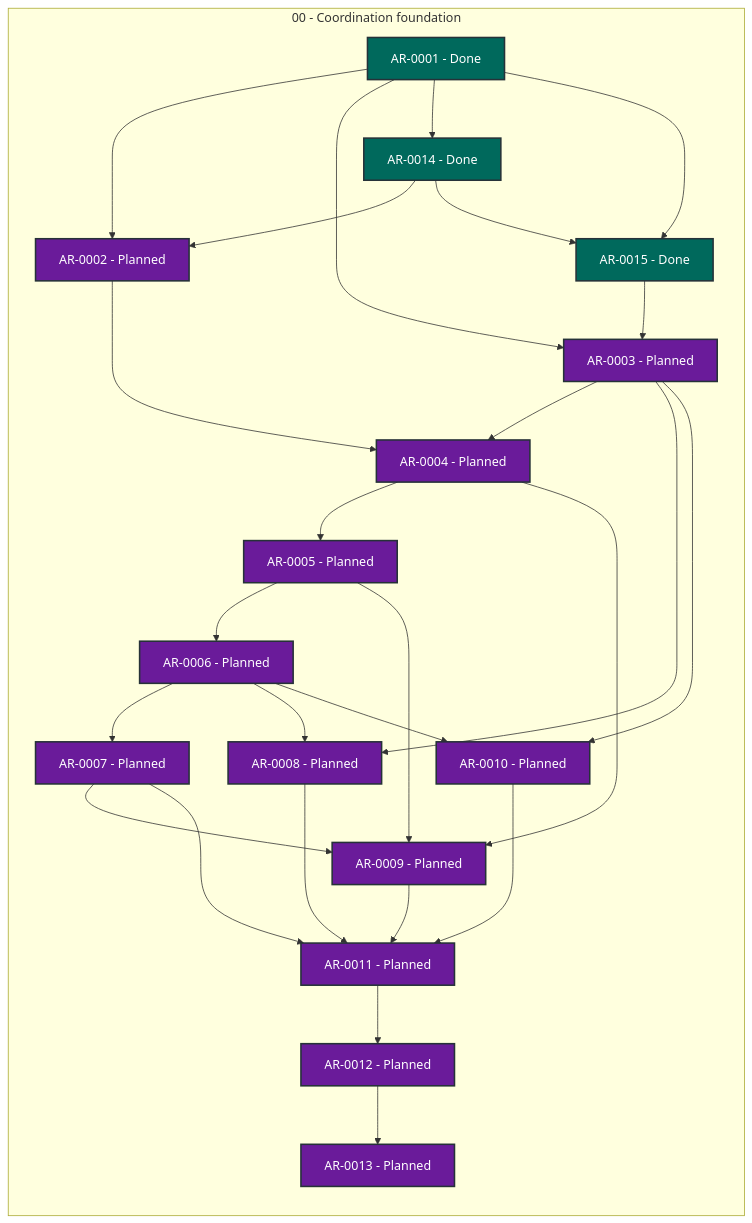
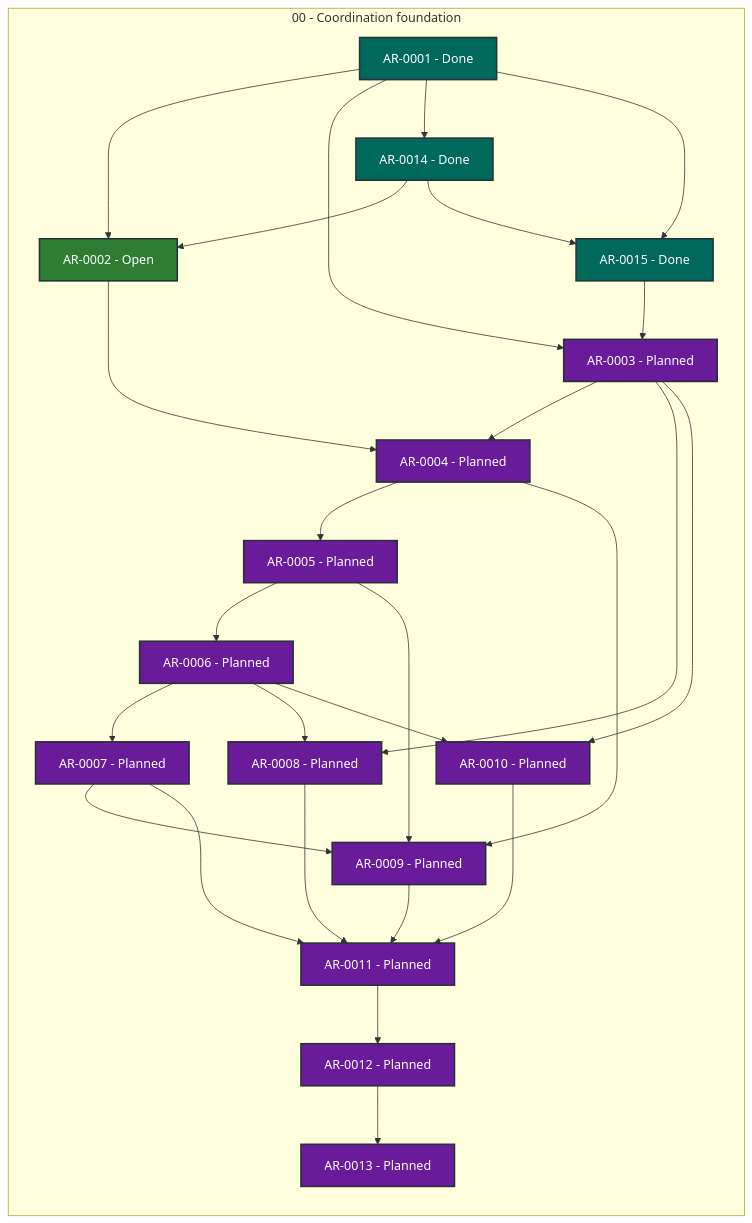
One commit to martin-beck/agent-workflow-tui-state changed the diagram in STATUS.md. Above: the diagram before and after it, drawn with Mermaid. The commit also changed other lines of this file and 2 other files, not shown here.

````diff
--- a/STATUS.md
+++ b/STATUS.md
@@ -27,54 +27,54 @@
 ```mermaid
 flowchart LR
     subgraph series_00["00 - Coordination foundation"]
         direction TB
         AR_0001["AR-0001 - Done"]:::status_done
-        AR_0002["AR-0002 - Planned"]:::status_planned
+        AR_0002["AR-0002 - Open"]:::status_open
         AR_0003["AR-0003 - Planned"]:::status_planned
         AR_0004["AR-0004 - Planned"]:::status_planned
         AR_0005["AR-0005 - Planned"]:::status_planned
         AR_0006["AR-0006 - Planned"]:::status_planned
         AR_0007["AR-0007 - Planned"]:::status_planned
         AR_0008["AR-0008 - Planned"]:::status_planned
         AR_0009["AR-0009 - Planned"]:::status_planned
         AR_0010["AR-0010 - Planned"]:::status_planned
         AR_0011["AR-0011 - Planned"]:::status_planned
         AR_0012["AR-0012 - Planned"]:::status_planned
         AR_0013["AR-0013 - Planned"]:::status_planned
         AR_0014["AR-0014 - Done"]:::status_done
         AR_0015["AR-0015 - Done"]:::status_done
     end
     AR_0001 --> AR_0002
     AR_0001 --> AR_0003
     AR_0001 --> AR_0014
     AR_0001 --> AR_0015
     AR_0002 --> AR_0004
     AR_0003 --> AR_0004
     AR_0003 --> AR_0008
     AR_0003 --> AR_0010
     AR_0004 --> AR_0005
     AR_0004 --> AR_0009
     AR_0005 --> AR_0006
     AR_0005 --> AR_0009
     AR_0006 --> AR_0007
     AR_0006 --> AR_0008
     AR_0006 --> AR_0010
     AR_0007 --> AR_0009
     AR_0007 --> AR_0011
     AR_0008 --> AR_0011
     AR_0009 --> AR_0011
     AR_0010 --> AR_0011
     AR_0011 --> AR_0012
     AR_0012 --> AR_0013
     AR_0014 --> AR_0002
     AR_0014 --> AR_0015
     AR_0015 --> AR_0003
     classDef status_in_progress fill:#1565c0,color:#ffffff,stroke:#263238,stroke-width:2px
     classDef status_open fill:#2e7d32,color:#ffffff,stroke:#263238,stroke-width:2px
     classDef status_blocked fill:#c62828,color:#ffffff,stroke:#263238,stroke-width:2px
     classDef status_planned fill:#6a1b9a,color:#ffffff,stroke:#263238,stroke-width:2px
     classDef status_future fill:#455a64,color:#ffffff,stroke:#263238,stroke-width:2px
     classDef status_done fill:#00695c,color:#ffffff,stroke:#263238,stroke-width:2px
     classDef status_cancelled fill:#616161,color:#ffffff,stroke:#263238,stroke-width:2px
     classDef status_superseded fill:#5d4037,color:#ffffff,stroke:#263238,stroke-width:2px
 ```
````
